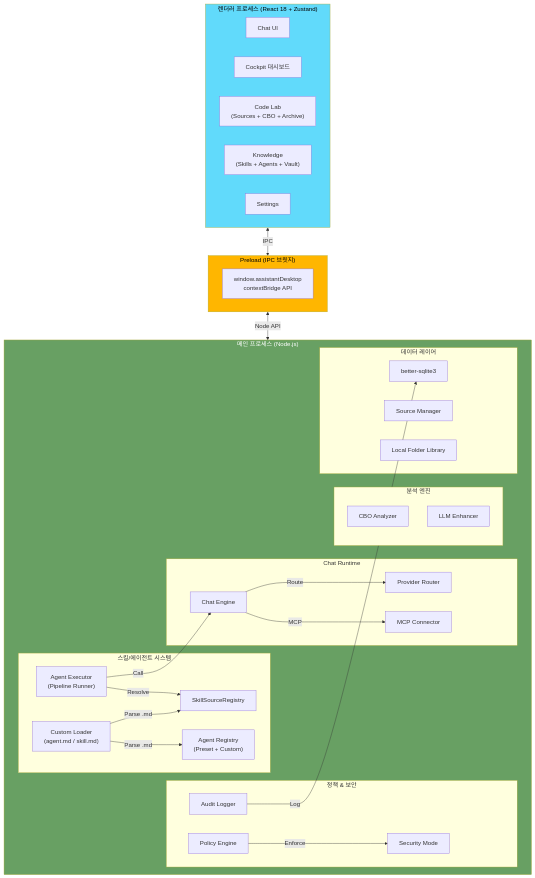
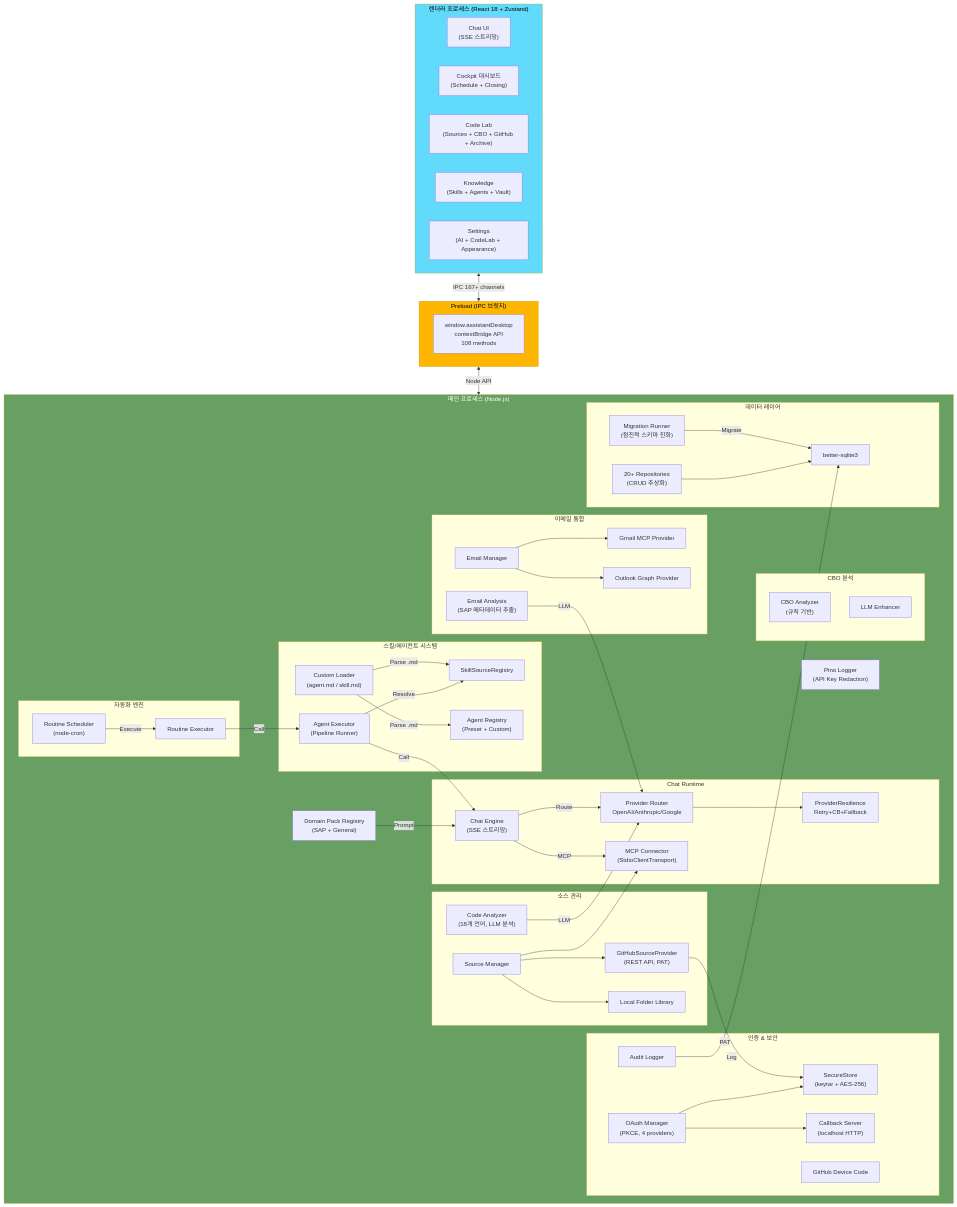
The first of 2 diagrams in docs/ARCHITECTURE.md (choishiam0906/sap-assistant-desktop), drawn with Mermaid before and after one commit. The commit also changed other lines of this file and 6 other files, not shown here.

````diff
--- a/docs/ARCHITECTURE.md
+++ b/docs/ARCHITECTURE.md
@@ -11,22 +13,23 @@
 ```mermaid
 graph TB
     subgraph Renderer["렌더러 프로세스 (React 18 + Zustand)"]
-        Chat["Chat UI"]
-        Cockpit["Cockpit 대시보드"]
-        CodeLab["Code Lab<br/>(Sources + CBO + Archive)"]
+        Chat["Chat UI<br/>(SSE 스트리밍)"]
+        Cockpit["Cockpit 대시보드<br/>(Schedule + Closing)"]
+        CodeLab["Code Lab<br/>(Sources + CBO + GitHub + Archive)"]
         Knowledge["Knowledge<br/>(Skills + Agents + Vault)"]
-        Settings["Settings"]
+        Settings["Settings<br/>(AI + CodeLab + Appearance)"]
     end
 
     subgraph Preload["Preload (IPC 브릿지)"]
-        IPC["window.assistantDesktop<br/>contextBridge API"]
+        IPC["window.assistantDesktop<br/>contextBridge API<br/>108 methods"]
     end
 
     subgraph Main["메인 프로세스 (Node.js)"]
         subgraph Runtime["Chat Runtime"]
-            ChatEngine["Chat Engine"]
-            ProviderRouter["Provider Router"]
-            MCP["MCP Connector"]
+            ChatEngine["Chat Engine<br/>(SSE 스트리밍)"]
+            ProviderRouter["Provider Router<br/>OpenAI/Anthropic/Google"]
+            Resilience["ProviderResilience<br/>Retry+CB+Fallback"]
+            MCP["MCP Connector<br/>(StdioClientTransport)"]
         end
 
         subgraph Skills["스킬/에이전트 시스템"]
@@ -36,34 +39,73 @@
             CustomLoader["Custom Loader<br/>(agent.md / skill.md)"]
         end
 
-        subgraph Analysis["분석 엔진"]
-            CBOAnalyzer["CBO Analyzer"]
+        subgraph Sources["소스 관리"]
+            SourceMgr["Source Manager"]
+            GitHubProvider["GitHubSourceProvider<br/>(REST API, PAT)"]
+            LocalFolder["Local Folder Library"]
+            CodeAnalyzer["Code Analyzer<br/>(18개 언어, LLM 분석)"]
+        end
+
+        subgraph EmailSys["이메일 통합"]
+            EmailManager["Email Manager"]
+            GmailMCP["Gmail MCP Provider"]
+            OutlookGraph["Outlook Graph Provider"]
+            EmailAnalysis["Email Analysis<br/>(SAP 메타데이터 추출)"]
+        end
+
+        subgraph Analysis["CBO 분석"]
+            CBOAnalyzer["CBO Analyzer<br/>(규칙 기반)"]
             LLMEnhance["LLM Enhancer"]
         end
 
-        subgraph Policy["정책 & 보안"]
-            PolicyEngine["Policy Engine"]
-            SecurityMode["Security Mode"]
+        subgraph Auth["인증 & 보안"]
+            OAuthManager["OAuth Manager<br/>(PKCE, 4 providers)"]
+            SecureStore["SecureStore<br/>(keytar + AES-256)"]
+            CallbackServer["Callback Server<br/>(localhost HTTP)"]
+            DeviceCode["GitHub Device Code"]
             Audit["Audit Logger"]
+        end
+
+        subgraph Scheduling["자동화 엔진"]
+            RoutineScheduler["Routine Scheduler<br/>(node-cron)"]
+            RoutineExecutor["Routine Executor"]
         end
 
         subgraph Data["데이터 레이어"]
             SQLite["better-sqlite3"]
-            SourceMgr["Source Manager"]
-            LocalFolder["Local Folder Library"]
+            MigrationRunner["Migration Runner<br/>(점진적 스키마 진화)"]
+            Repos["20+ Repositories<br/>(CRUD 추상화)"]
         end
+
+        DomainPacks["Domain Pack Registry<br/>(SAP + General)"]
+        Logger["Pino Logger<br/>(API Key Redaction)"]
     end
 
-    Renderer <-->|IPC| Preload
+    Renderer <-->|IPC 167+ channels| Preload
     Preload <-->|Node API| Main
     ChatEngine -->|Route| ProviderRouter
+    ProviderRouter --> Resilience
     ChatEngine -->|MCP| MCP
     AgentExecutor -->|Resolve| SkillRegistry
     AgentExecutor -->|Call| ChatEngine
     CustomLoader -->|Parse .md| AgentRegistry
     CustomLoader -->|Parse .md| SkillRegistry
-    PolicyEngine -->|Enforce| SecurityMode
+    SourceMgr --> GitHubProvider
+    SourceMgr --> LocalFolder
+    SourceMgr --> MCP
+    CodeAnalyzer -->|LLM| ProviderRouter
+    EmailManager --> GmailMCP
+    EmailManager --> OutlookGraph
+    EmailAnalysis -->|LLM| ProviderRouter
+    OAuthManager --> SecureStore
+    OAuthManager --> CallbackServer
+    GitHubProvider -->|PAT| SecureStore
+    RoutineScheduler -->|Execute| RoutineExecutor
+    RoutineExecutor -->|Call| AgentExecutor
     Audit -->|Log| SQLite
+    Repos --> SQLite
+    MigrationRunner -->|Migrate| SQLite
+    DomainPacks -->|Prompt| ChatEngine
 
     style Renderer fill:#61dafb,color:#000
     style Main fill:#68a063,color:#fff
````
